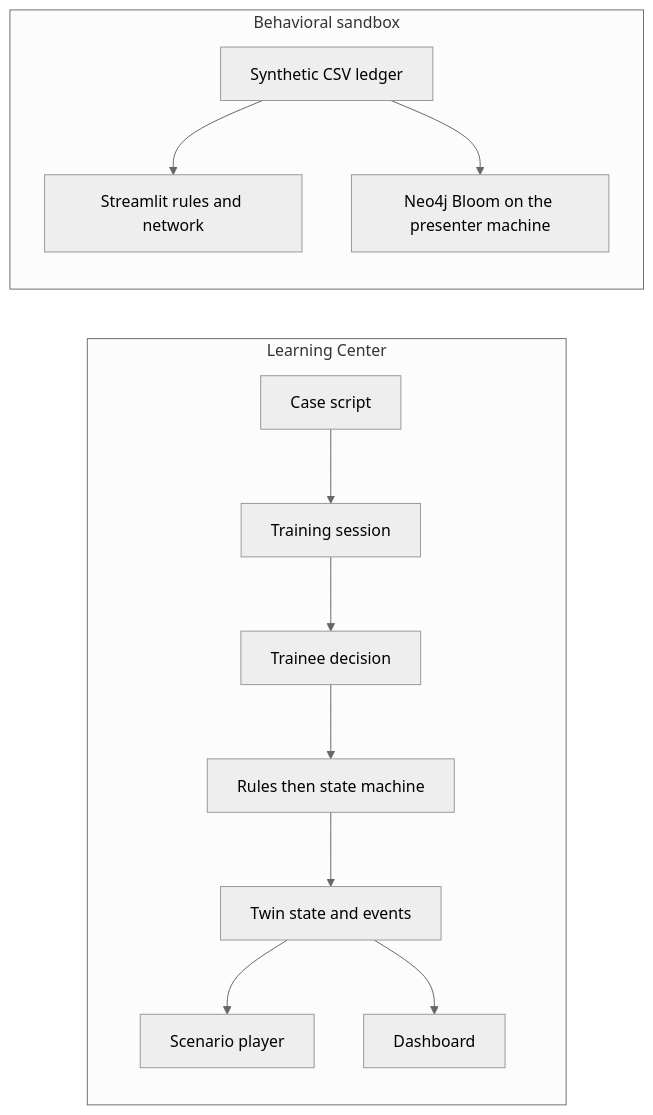
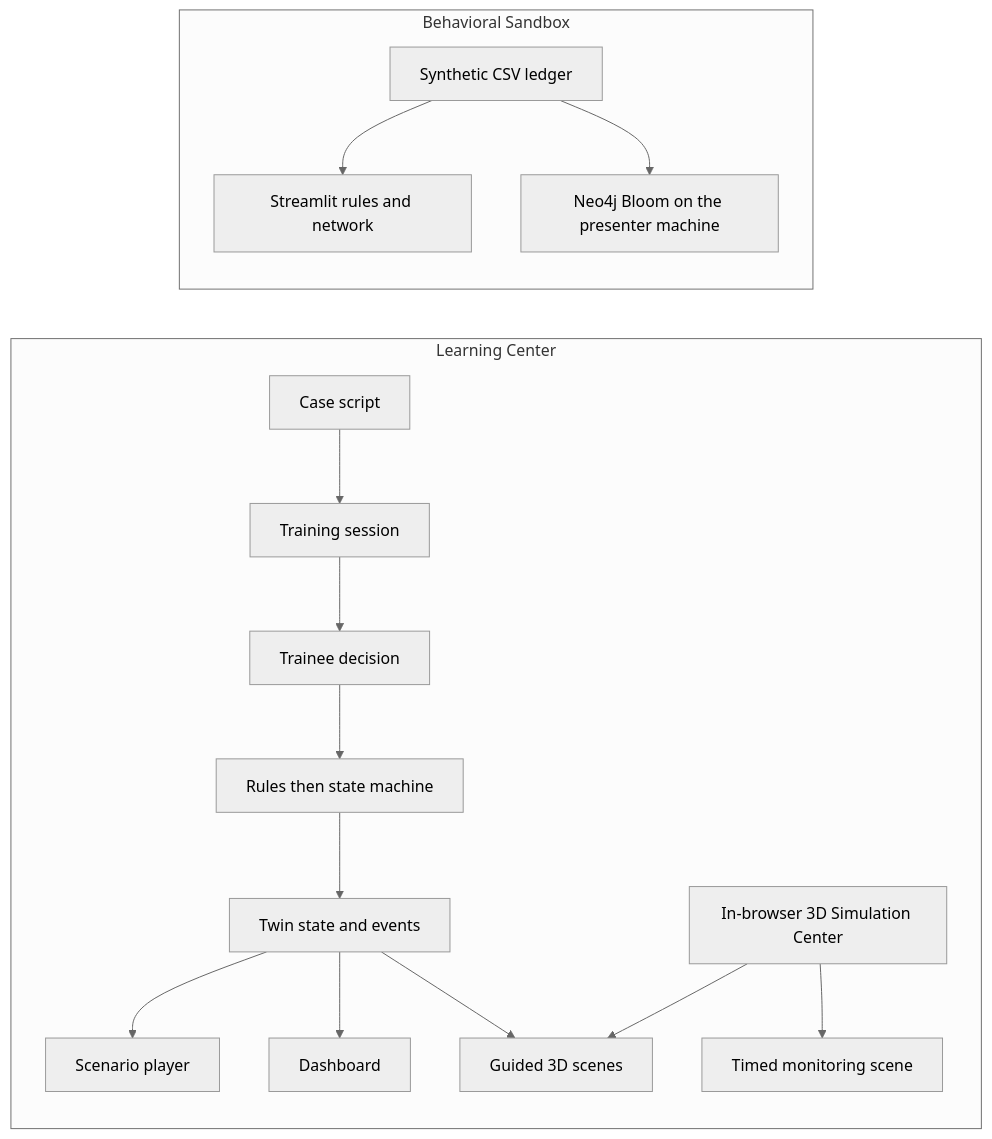
Before and after one commit to innalhy/aml-twin: the diagram in README.md, drawn with Mermaid (neutral theme). The commit also changed other lines of this file and 15 other files, not shown here.

````diff
--- a/README.md
+++ b/README.md
@@ -61,15 +67,19 @@
 ```mermaid
 flowchart LR
   subgraph center [Learning Center]
     caseFile["Case script"] --> session["Training session"]
     session --> decision["Trainee decision"]
     decision --> rules["Rules then state machine"]
     rules --> twin["Twin state and events"]
     twin --> player["Scenario player"]
     twin --> dash["Dashboard"]
+    sim["In-browser 3D Simulation Center"]
+    twin --> guided["Guided 3D scenes"]
+    sim --> guided
+    sim --> timed["Timed monitoring scene"]
   end
-  subgraph sandbox [Behavioral sandbox]
+  subgraph sandbox [Behavioral Sandbox]
     ledger["Synthetic CSV ledger"] --> stream["Streamlit rules and network"]
     ledger --> bloom["Neo4j Bloom on the presenter machine"]
   end
 ```
````
